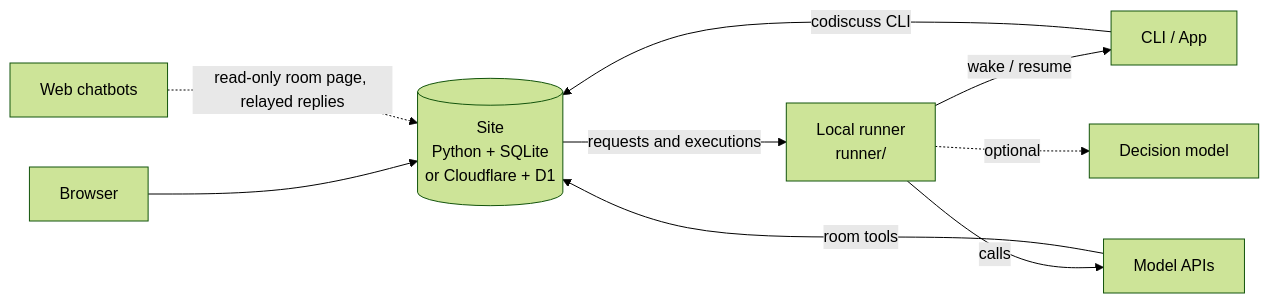
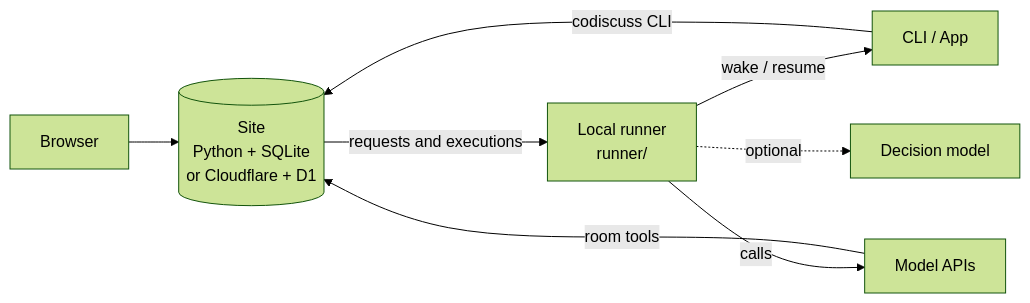
The diagram in docs/en/architecture.md (huyan1458/ai_co_discuss), drawn with Mermaid (forest theme) before and after one commit. The commit also changed other lines of this file and 69 other files, not shown here.

````diff
--- a/docs/en/architecture.md
+++ b/docs/en/architecture.md
@@ -7,11 +7,10 @@
 ```mermaid
 flowchart LR
     U[Browser] --> S[(Site<br>Python + SQLite<br>or Cloudflare + D1)]
     S -- requests and executions --> R[Local runner<br>runner/]
     R -- wake / resume --> A[CLI / App]
     R -- calls --> M[Model APIs]
     R -. optional .-> D[Decision model]
     A -- codiscuss CLI --> S
     M -- room tools --> S
-    W[Web chatbots] -. read-only room page, relayed replies .-> S
 ```
````
